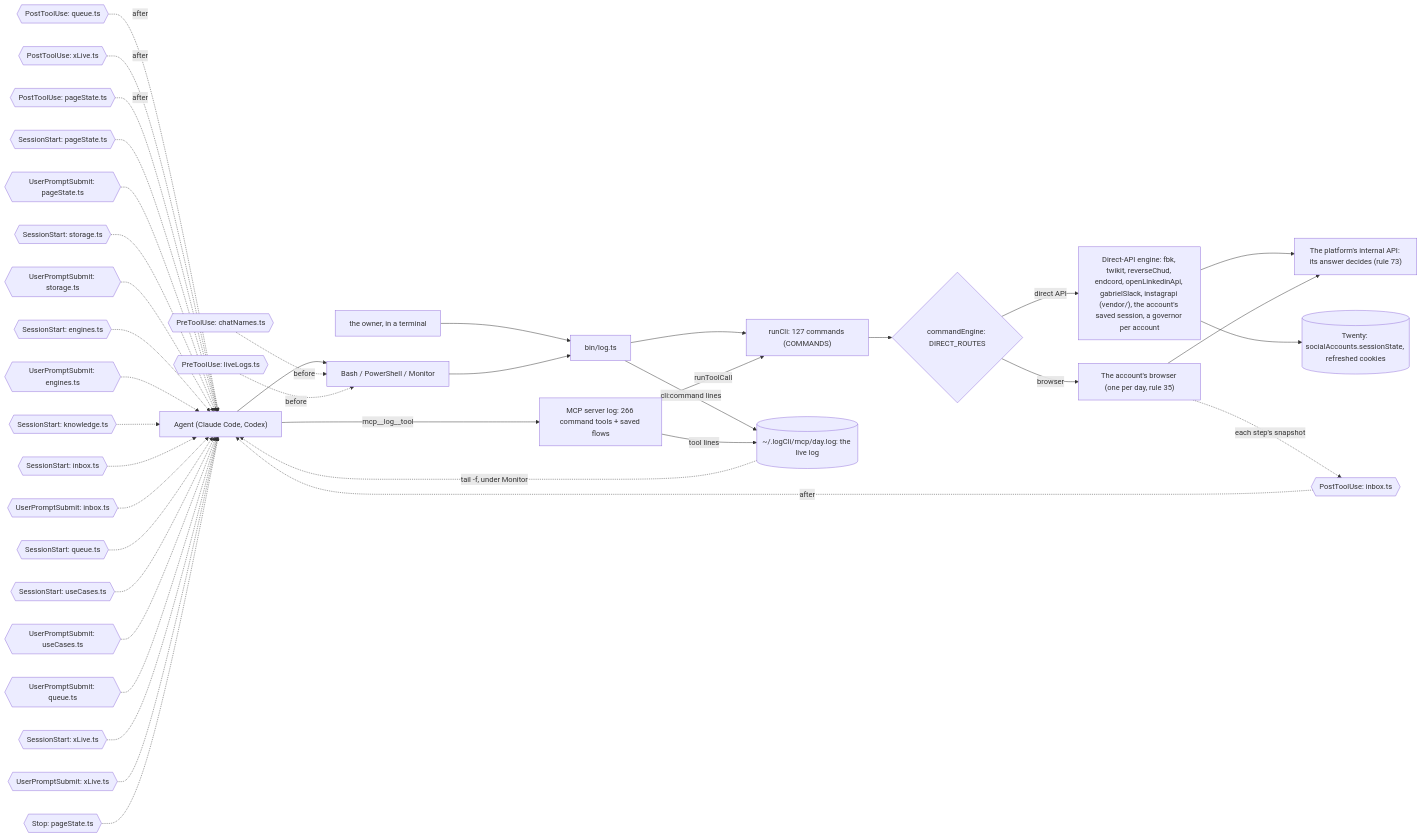
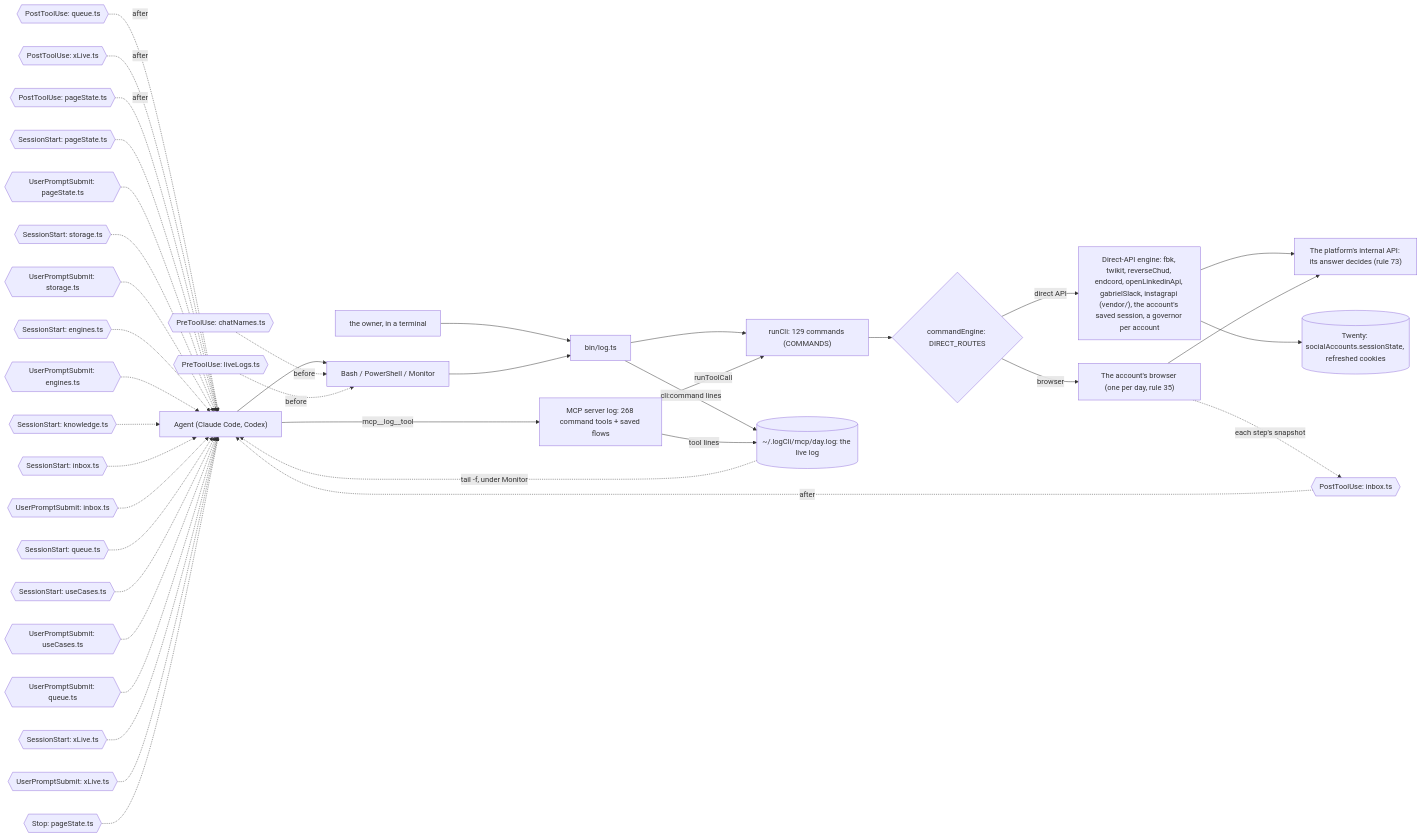
One commit to aggelos-pappas/log changed the diagram in docs/diagrams/surface.mmd. Above: the diagram before and after it, drawn with Mermaid. The commit also changed 25 other files, not shown here.

```diff
--- a/docs/diagrams/surface.mmd
+++ b/docs/diagrams/surface.mmd
@@ -1,53 +1,53 @@
 %% How a call reaches log-cli. From a shell or over MCP, both run the same commands through `runCli`, write the same live log, and pass through the same hooks. `commandEngine` sends each command to the platform's direct API or to the account's browser.
 %% Written by `bun run docs:build` from the code (rule 56). Not edited by hand.
 flowchart LR
   agent["Agent (Claude Code, Codex)"]
   owner["the owner, in a terminal"]
   shell["Bash / PowerShell / Monitor"]
-  mcp["MCP server log: 266 command tools + saved flows"]
+  mcp["MCP server log: 268 command tools + saved flows"]
   bin["bin/log.ts"]
-  runCli["runCli: 127 commands (COMMANDS)"]
+  runCli["runCli: 129 commands (COMMANDS)"]
   live[("~/.logCli/mcp/day.log: the live log")]
   engine{"commandEngine: DIRECT_ROUTES"}
   direct["Direct-API engine: fbk, twikit, reverseChud, endcord, openLinkedinApi, gabrielSlack, instagrapi (vendor/), the account's saved session, a governor per account"]
   browser["The account's browser (one per day, rule 35)"]
   api["The platform's internal API: its answer decides (rule 73)"]
   twenty[("Twenty: socialAccounts.sessionState, refreshed cookies")]
   agent --> shell
   owner --> bin
   shell --> bin
   agent -->|mcp__log__tool| mcp
   bin --> runCli
   mcp -->|runToolCall| runCli
   runCli --> engine
   engine -->|direct API| direct
   engine -->|browser| browser
   direct --> api
   browser --> api
   direct --> twenty
   bin -->|cli:command lines| live
   mcp -->|tool lines| live
   live -.->|tail -f, under Monitor| agent
   pre0{{"PreToolUse: chatNames.ts"}} -.->|before| shell
   pre1{{"PreToolUse: liveLogs.ts"}} -.->|before| shell
   post0{{"PostToolUse: inbox.ts"}} -.->|after| agent
   post1{{"PostToolUse: queue.ts"}} -.->|after| agent
   post2{{"PostToolUse: xLive.ts"}} -.->|after| agent
   post3{{"PostToolUse: pageState.ts"}} -.->|after| agent
   turn0{{"SessionStart: pageState.ts"}} -.-> agent
   turn1{{"UserPromptSubmit: pageState.ts"}} -.-> agent
   turn2{{"SessionStart: storage.ts"}} -.-> agent
   turn3{{"UserPromptSubmit: storage.ts"}} -.-> agent
   turn4{{"SessionStart: engines.ts"}} -.-> agent
   turn5{{"UserPromptSubmit: engines.ts"}} -.-> agent
   turn6{{"SessionStart: knowledge.ts"}} -.-> agent
   turn7{{"SessionStart: inbox.ts"}} -.-> agent
   turn8{{"UserPromptSubmit: inbox.ts"}} -.-> agent
   turn9{{"SessionStart: queue.ts"}} -.-> agent
   turn10{{"SessionStart: useCases.ts"}} -.-> agent
   turn11{{"UserPromptSubmit: useCases.ts"}} -.-> agent
   turn12{{"UserPromptSubmit: queue.ts"}} -.-> agent
   turn13{{"SessionStart: xLive.ts"}} -.-> agent
   turn14{{"UserPromptSubmit: xLive.ts"}} -.-> agent
   turn15{{"Stop: pageState.ts"}} -.-> agent
   browser -.->|each step's snapshot| post0
```
